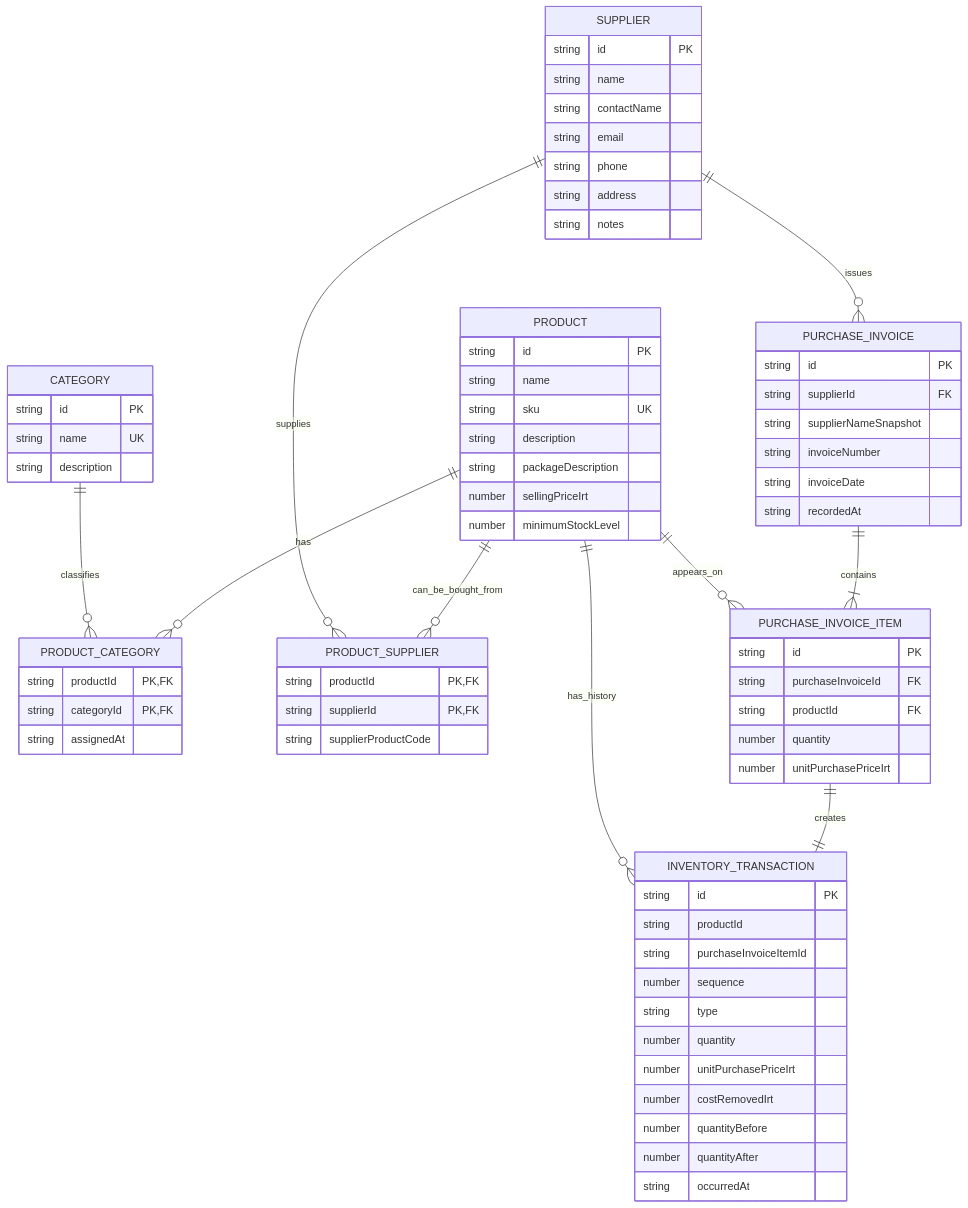
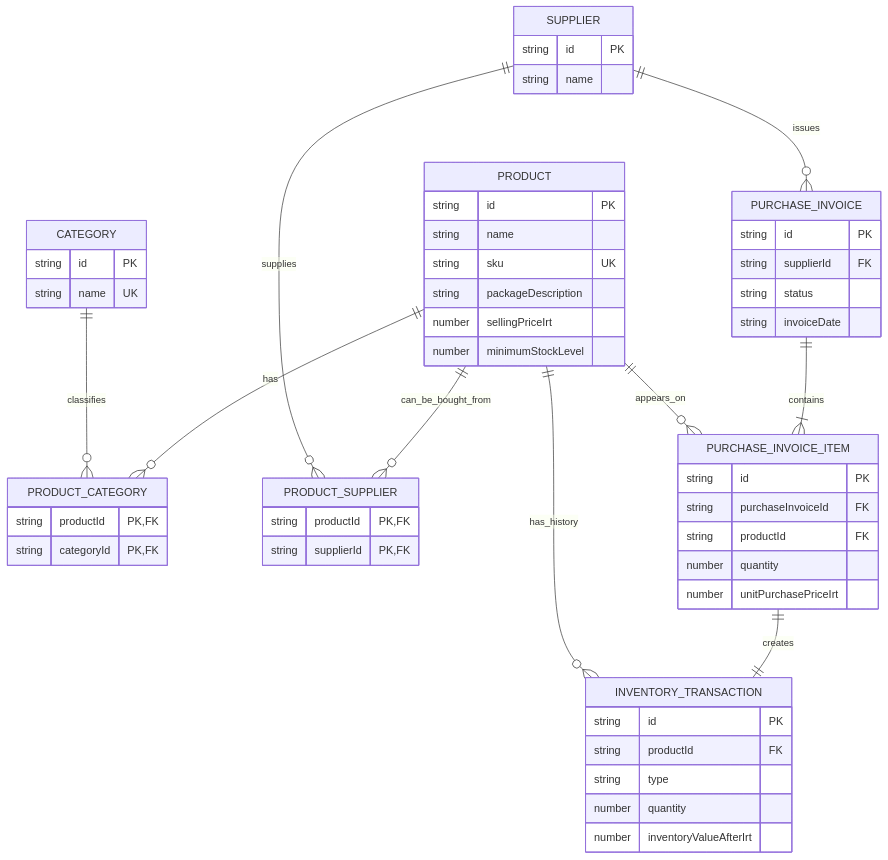
The diagram in docs/BUSINESS_RULES_AND_DATA_MODEL.md (Amirrasuli/storix), drawn with Mermaid before and after one commit. The commit also changed other lines of this file and 2 other files, not shown here.

````diff
--- a/docs/BUSINESS_RULES_AND_DATA_MODEL.md
+++ b/docs/BUSINESS_RULES_AND_DATA_MODEL.md
@@ -141,74 +199,57 @@
 ```mermaid
 erDiagram
     PRODUCT ||--o{ PRODUCT_CATEGORY : has
     CATEGORY ||--o{ PRODUCT_CATEGORY : classifies
     PRODUCT ||--o{ PRODUCT_SUPPLIER : can_be_bought_from
     SUPPLIER ||--o{ PRODUCT_SUPPLIER : supplies
     SUPPLIER ||--o{ PURCHASE_INVOICE : issues
     PURCHASE_INVOICE ||--|{ PURCHASE_INVOICE_ITEM : contains
     PRODUCT ||--o{ PURCHASE_INVOICE_ITEM : appears_on
     PURCHASE_INVOICE_ITEM ||--|| INVENTORY_TRANSACTION : creates
     PRODUCT ||--o{ INVENTORY_TRANSACTION : has_history
 
     PRODUCT {
-        string id PK
-        string name
-        string sku UK
-        string description
-        string packageDescription
-        number sellingPriceIrt
-        number minimumStockLevel
+      string id PK
+      string name
+      string sku UK
+      string packageDescription
+      number sellingPriceIrt
+      number minimumStockLevel
     }
     CATEGORY {
-        string id PK
-        string name UK
-        string description
+      string id PK
+      string name UK
     }
     PRODUCT_CATEGORY {
-        string productId PK,FK
-        string categoryId PK,FK
-        string assignedAt
+      string productId PK,FK
+      string categoryId PK,FK
     }
     SUPPLIER {
-        string id PK
-        string name
-        string contactName
-        string email
-        string phone
-        string address
-        string notes
+      string id PK
+      string name
     }
     PRODUCT_SUPPLIER {
-        string productId PK,FK
-        string supplierId PK,FK
-        string supplierProductCode
+      string productId PK,FK
+      string supplierId PK,FK
     }
     PURCHASE_INVOICE {
-        string id PK
-        string supplierId FK
-        string supplierNameSnapshot
-        string invoiceNumber
-        string invoiceDate
-        string recordedAt
+      string id PK
+      string supplierId FK
+      string status
+      string invoiceDate
     }
     PURCHASE_INVOICE_ITEM {
-        string id PK
-        string purchaseInvoiceId FK
-        string productId FK
-        number quantity
-        number unitPurchasePriceIrt
+      string id PK
+      string purchaseInvoiceId FK
+      string productId FK
+      number quantity
+      number unitPurchasePriceIrt
     }
     INVENTORY_TRANSACTION {
-        string id PK
-        string productId
-        string purchaseInvoiceItemId
-        number sequence
-        string type
-        number quantity
-        number unitPurchasePriceIrt
-        number costRemovedIrt
-        number quantityBefore
-        number quantityAfter
-        string occurredAt
+      string id PK
+      string productId FK
+      string type
+      number quantity
+      number inventoryValueAfterIrt
     }
 ```
````
